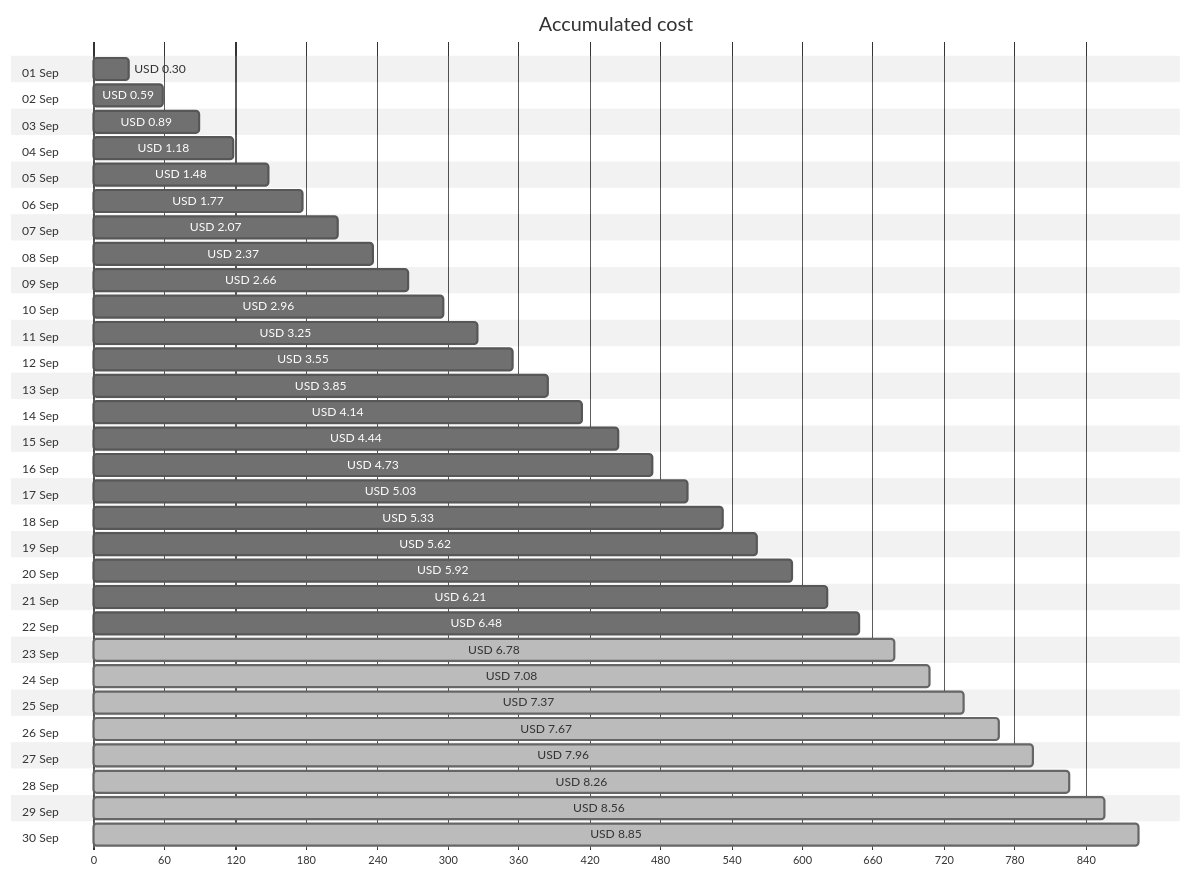
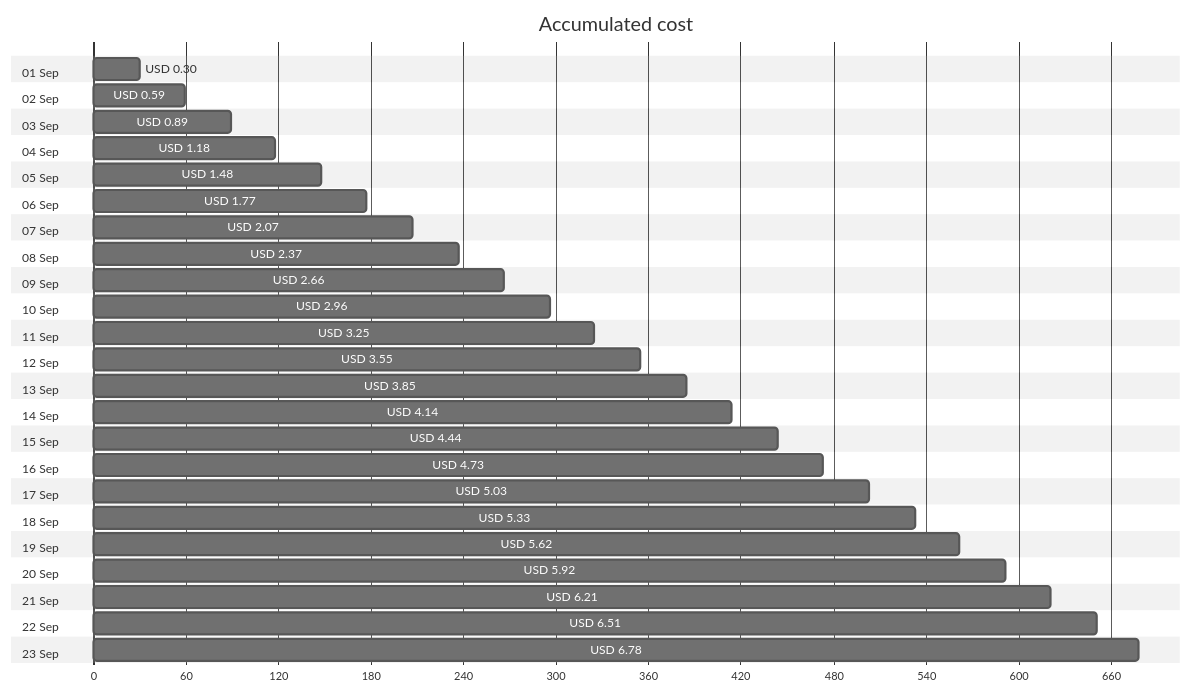
One commit to jpfulton/azure-personal-reports changed the first of 4 diagrams in cost-reports/personal-site/personal-site.md. Above: the diagram before and after it, drawn with Mermaid (neutral theme). The commit also changed other lines of this file and 7 other files, not shown here.

````diff
--- a/cost-reports/personal-site/personal-site.md
+++ b/cost-reports/personal-site/personal-site.md
@@ -20,66 +20,52 @@
 ```mermaid
 gantt
    title Accumulated cost
    dateFormat  X
    axisFormat %s
    section 01 Sep
    USD 0.30 :0, 30
    section 02 Sep
    USD 0.59 :0, 59
    section 03 Sep
    USD 0.89 :0, 89
    section 04 Sep
    USD 1.18 :0, 118
    section 05 Sep
    USD 1.48 :0, 148
    section 06 Sep
    USD 1.77 :0, 177
    section 07 Sep
    USD 2.07 :0, 207
    section 08 Sep
    USD 2.37 :0, 237
    section 09 Sep
    USD 2.66 :0, 266
    section 10 Sep
    USD 2.96 :0, 296
    section 11 Sep
    USD 3.25 :0, 325
    section 12 Sep
    USD 3.55 :0, 355
    section 13 Sep
    USD 3.85 :0, 385
    section 14 Sep
    USD 4.14 :0, 414
    section 15 Sep
    USD 4.44 :0, 444
    section 16 Sep
    USD 4.73 :0, 473
    section 17 Sep
    USD 5.03 :0, 503
    section 18 Sep
    USD 5.33 :0, 533
    section 19 Sep
    USD 5.62 :0, 562
    section 20 Sep
    USD 5.92 :0, 592
    section 21 Sep
    USD 6.21 :0, 621
    section 22 Sep
-   USD 6.48 :0, 648
+   USD 6.51 :0, 651
    section 23 Sep
-   USD 6.78 : done, 0, 678
-   section 24 Sep
-   USD 7.08 : done, 0, 708
-   section 25 Sep
-   USD 7.37 : done, 0, 737
-   section 26 Sep
-   USD 7.67 : done, 0, 767
-   section 27 Sep
-   USD 7.96 : done, 0, 796
-   section 28 Sep
-   USD 8.26 : done, 0, 826
-   section 29 Sep
-   USD 8.56 : done, 0, 856
-   section 30 Sep
-   USD 8.85 : done, 0, 885
+   USD 6.78 :0, 678
 ```
````
